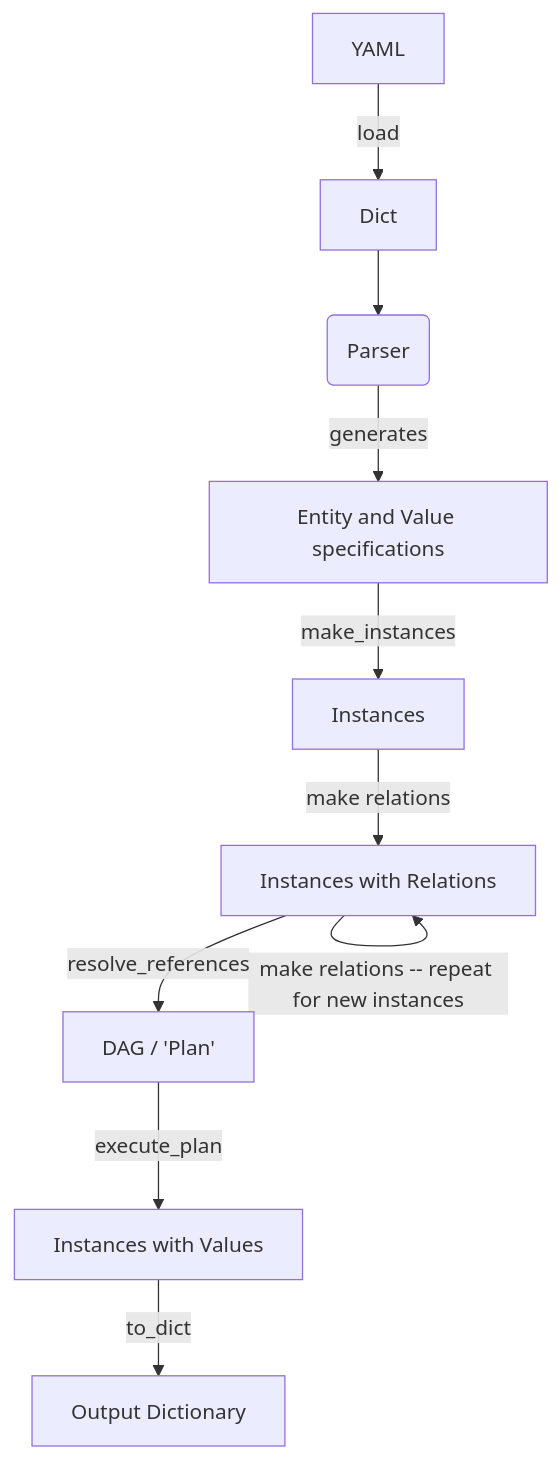
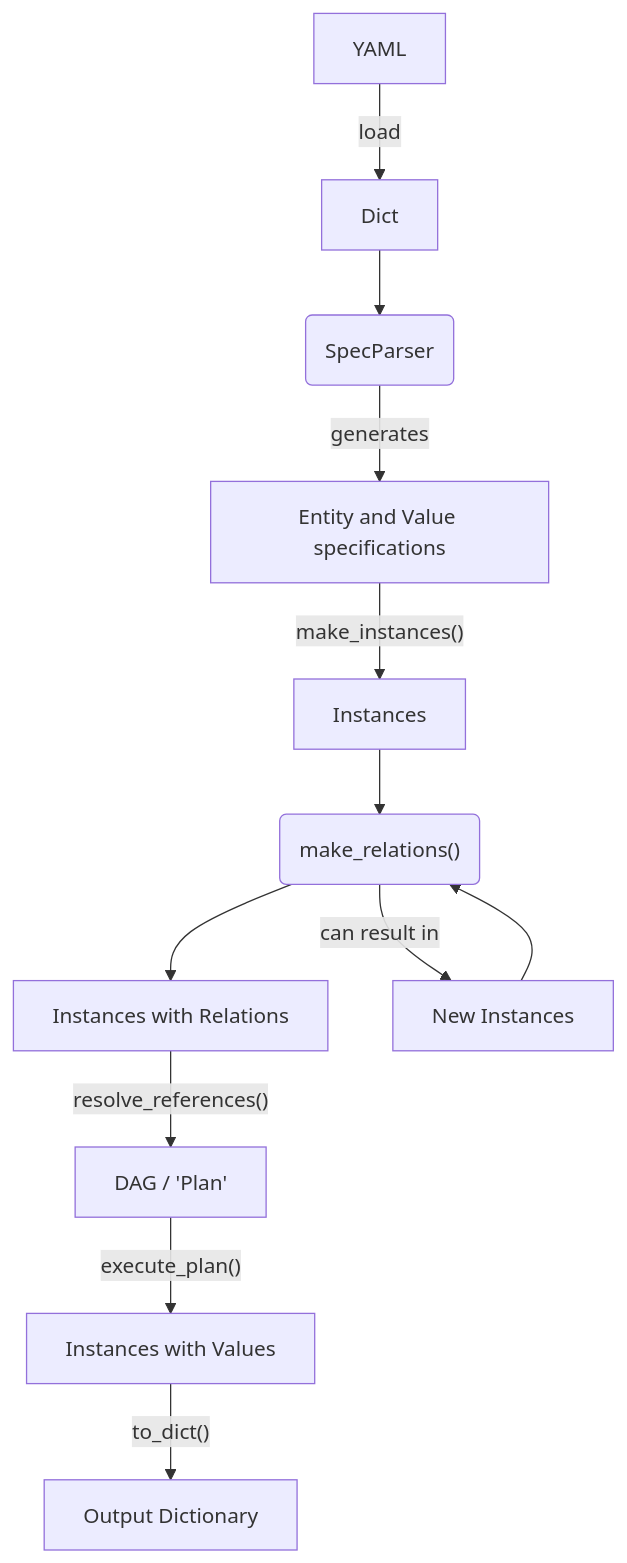
Before and after one commit to mariushelf/factory_boss: the first of 2 diagrams in README.md, drawn with Mermaid.

Commit message:
doc: update execution graph in readme

````diff
--- a/README.md
+++ b/README.md
@@ -9,12 +9,15 @@
 ```mermaid
 graph TB
     YAML -- load --> Dict --> P
     ES[Entity and Value specifications]
-    P(Parser) -- generates --> ES
-    ES -- make_instances --> Instances
-    Instances -->|make relations| NI[Instances with Relations]
-    NI -->|make relations -- repeat for new instances| NI
-    NI --> |resolve_references|DAG[DAG / 'Plan']
-    DAG -->|execute_plan| IV[Instances with Values]
-    IV -->|to_dict| DICT[Output Dictionary]
+    P(SpecParser) -- generates --> ES
+    ES -- "make_instances()" --> Instances
+    IR[Instances with Relations]
+    Instances --> make_relations("make_relations()")
+    make_relations --> IR
+    make_relations -- can result in --> NI[New Instances]
+    NI --> make_relations
+    IR --> |"resolve_references()"|DAG[DAG / 'Plan']
+    DAG -->|"execute_plan()"| IV[Instances with Values]
+    IV -->|"to_dict()"| DICT[Output Dictionary]
 ```
````
